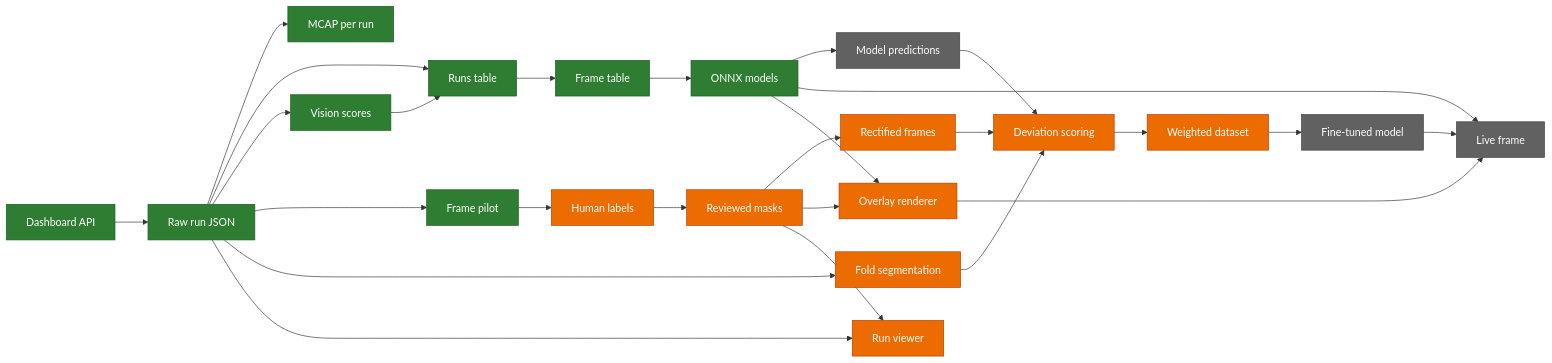
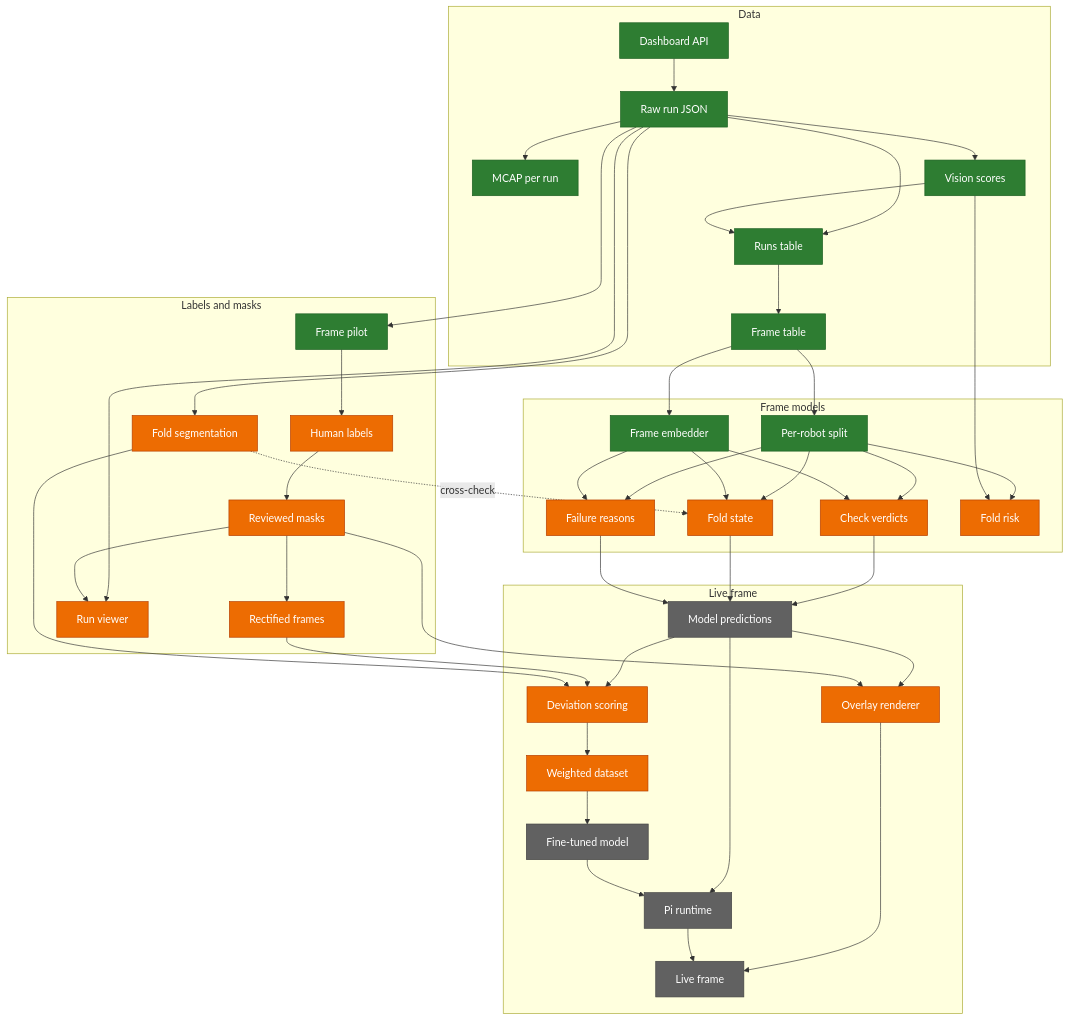
Before and after one commit to leonardoAB1/maus-crepe-insights: the first of 6 diagrams in readme.md, drawn with Mermaid. The commit also changed other lines of this file and 1 other file, not shown here.

Commit message:
docs: draw the status diagram top to bottom and refresh it (#185)

````diff
--- a/readme.md
+++ b/readme.md
@@ -67,37 +67,62 @@
 ```mermaid
-flowchart LR
-    api[Dashboard API] --> raw[Raw run JSON]
-    raw --> mcap[MCAP per run]
-    raw --> table[Runs table]
-    raw --> vision[Vision scores]
-    vision --> table
-    table --> frames[Frame table]
-    frames --> models[ONNX models]
-    raw --> pilot[Frame pilot]
-    pilot --> labels[Human labels]
-    labels --> masks[Reviewed masks]
-    masks --> rectified[Rectified frames]
-    models --> predict[Model predictions]
-    predict --> compare[Deviation scoring]
-    rectified --> compare
-    compare --> weights[Weighted dataset]
-    weights --> finetune[Fine-tuned model]
-    finetune --> live[Live frame]
-    models --> live
-    raw --> foldseg[Fold segmentation]
-    foldseg --> compare
-    masks --> overlay[Overlay renderer]
-    models --> overlay
-    overlay --> live
-    raw --> viewer[Run viewer]
-    masks --> viewer
+flowchart TD
+    subgraph data[Data]
+        api[Dashboard API] --> raw[Raw run JSON]
+        raw --> mcap[MCAP per run]
+        raw --> table[Runs table]
+        raw --> vision[Vision scores]
+        vision --> table
+        table --> frames[Frame table]
+    end
+
+    subgraph frame_models[Frame models]
+        frames --> split[Per-robot split]
+        frames --> embed[Frame embedder]
+        split --> verdict[Check verdicts]
+        split --> foldstate[Fold state]
+        split --> reason[Failure reasons]
+        split --> risk[Fold risk]
+        embed --> verdict
+        embed --> foldstate
+        embed --> reason
+        vision --> risk
+    end
+
+    subgraph labels_path[Labels and masks]
+        raw --> pilot[Frame pilot]
+        pilot --> labels[Human labels]
+        labels --> masks[Reviewed masks]
+        masks --> rectified[Rectified frames]
+        raw --> foldseg[Fold segmentation]
+        raw --> viewer[Run viewer]
+        masks --> viewer
+    end
+
+    foldseg -. cross-check .-> foldstate
+
+    subgraph live_path[Live frame]
+        verdict --> predict[Model predictions]
+        foldstate --> predict
+        reason --> predict
+        predict --> compare[Deviation scoring]
+        rectified --> compare
+        foldseg --> compare
+        compare --> weights[Weighted dataset]
+        weights --> finetune[Fine-tuned model]
+        predict --> overlay[Overlay renderer]
+        masks --> overlay
+        predict --> pi[Pi runtime]
+        finetune --> pi
+        overlay --> live[Live frame]
+        pi --> live
+    end
 
     classDef done fill:#2e7d32,stroke:#1b5e20,color:#ffffff
     classDef partial fill:#ed6c02,stroke:#b53d00,color:#ffffff
     classDef todo fill:#616161,stroke:#424242,color:#ffffff
 
-    class api,raw,mcap,table,vision,frames,models,pilot done
-    class labels,masks,rectified,compare,weights partial
-    class foldseg,overlay,viewer partial
-    class predict,finetune,live todo
+    class api,raw,mcap,table,vision,frames,split,embed,pilot done
+    class verdict,foldstate,reason,risk,labels,masks,rectified partial
+    class foldseg,overlay,viewer,compare,weights partial
+    class predict,finetune,pi,live todo
 ```
````
